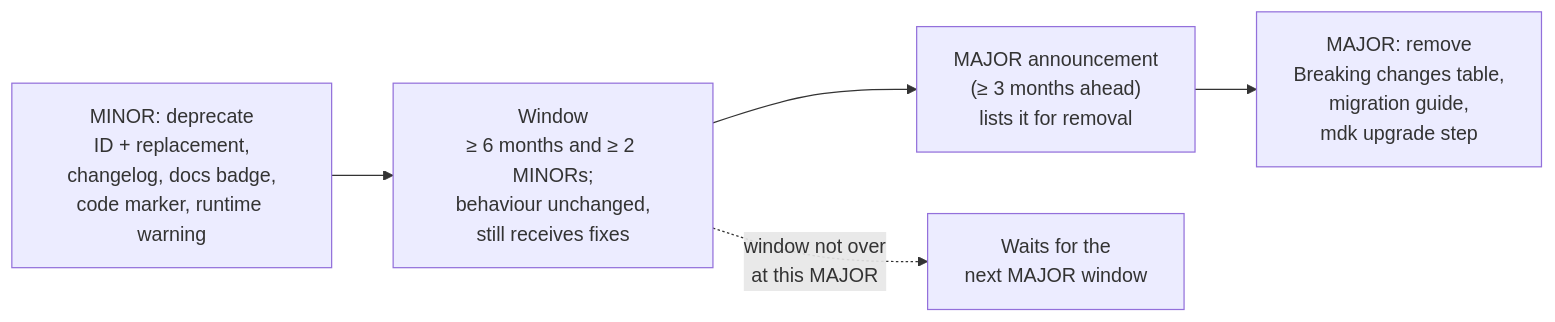
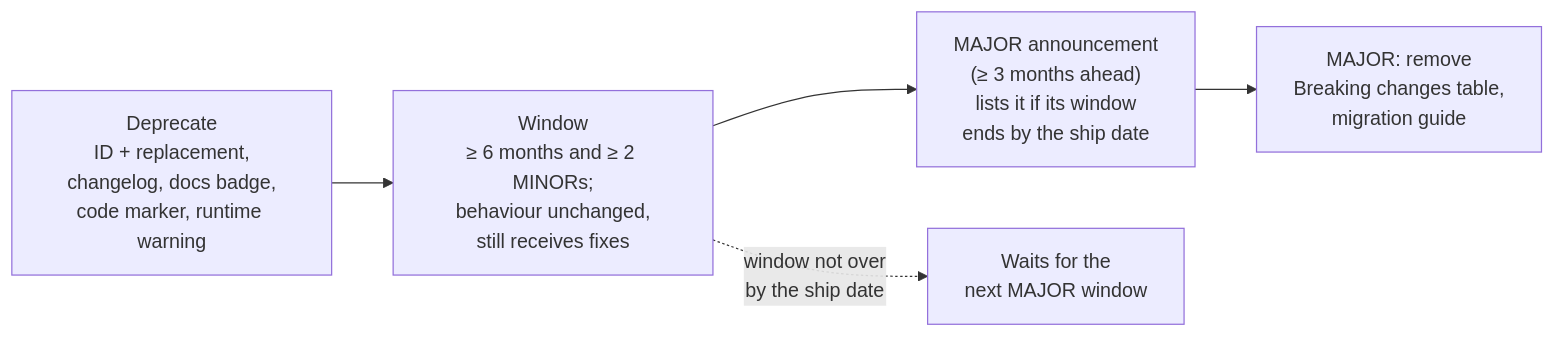
One commit to ankit-tether/mdk-be changed the fourth of 7 diagrams in docs/release-and-deprecation-policy.md. Above: the diagram before and after it, drawn with Mermaid. The commit also changed other lines of this file, not shown here.

First line of the commit message:
Update MDK Release and Deprecation Policy to version 0.3.0

````diff
--- a/docs/release-and-deprecation-policy.md
+++ b/docs/release-and-deprecation-policy.md
@@ -292,7 +290,7 @@
 ```mermaid
 flowchart LR
-  D["MINOR: deprecate<br/>ID + replacement,<br/>changelog, docs badge,<br/>code marker, runtime warning"] --> W["Window<br/>≥ 6 months and ≥ 2 MINORs;<br/>behaviour unchanged,<br/>still receives fixes"]
-  W --> A["MAJOR announcement<br/>(≥ 3 months ahead)<br/>lists it for removal"]
-  A --> R["MAJOR: remove<br/>Breaking changes table,<br/>migration guide,<br/>mdk upgrade step"]
-  W -.->|"window not over<br/>at this MAJOR"| N["Waits for the<br/>next MAJOR window"]
+  D["Deprecate<br/>ID + replacement,<br/>changelog, docs badge,<br/>code marker, runtime warning"] --> W["Window<br/>≥ 6 months and ≥ 2 MINORs;<br/>behaviour unchanged,<br/>still receives fixes"]
+  W --> A["MAJOR announcement<br/>(≥ 3 months ahead)<br/>lists it if its window<br/>ends by the ship date"]
+  A --> R["MAJOR: remove<br/>Breaking changes table,<br/>migration guide"]
+  W -.->|"window not over<br/>by the ship date"| N["Waits for the<br/>next MAJOR window"]
 ```
````
